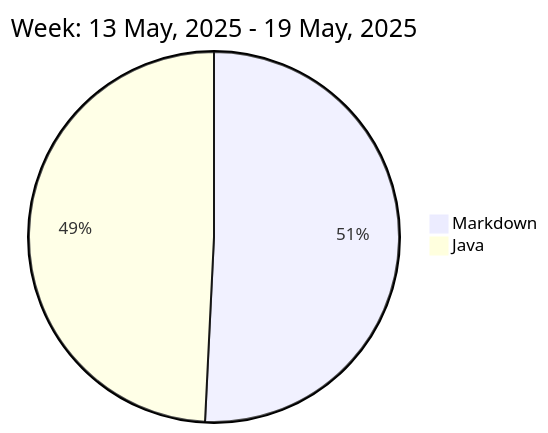
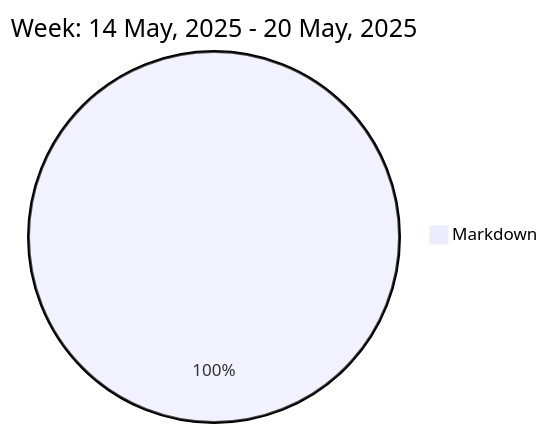
One commit to liubin95/liubin95 changed the diagram in README.md. Above: the diagram before and after it, drawn with Mermaid.

Commit message:
Updated the Graph with new Metrics

````diff
--- a/README.md
+++ b/README.md
@@ -37,6 +37,5 @@
 ```mermaid
  pie
-title Week: 13 May, 2025 - 19 May, 2025
- "Markdown" : 2.3
- "Java" : 2.23
+title Week: 14 May, 2025 - 20 May, 2025
+ "Markdown" : 2.9
 ```
````
